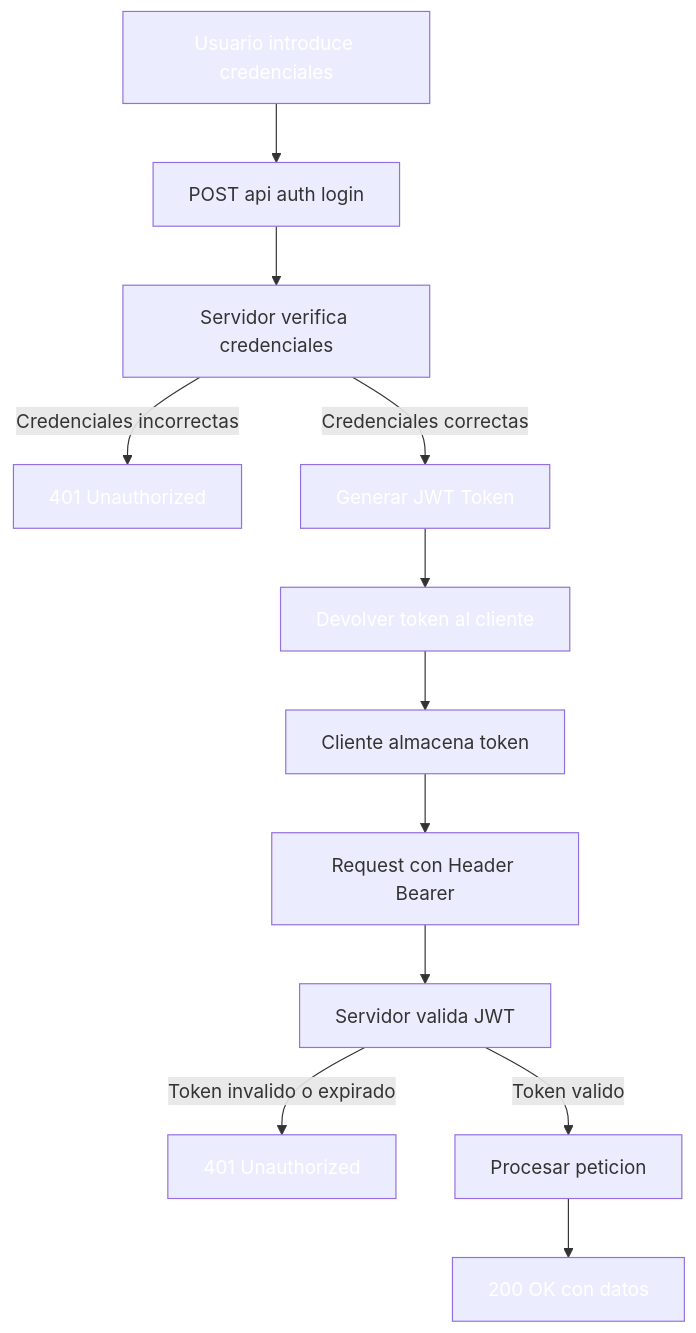
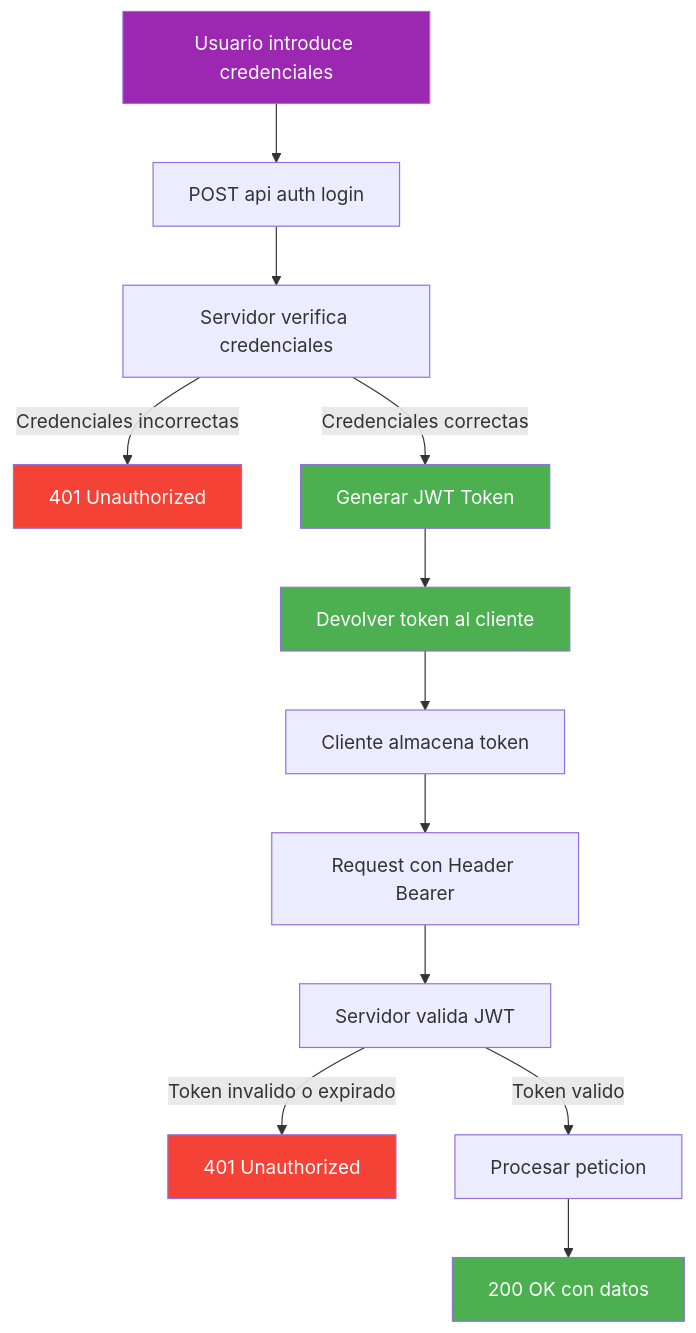
The second of 15 diagrams in 16-autenticacion.md (joseluisgs/DesarrolloWebEntornosServidor-02-2026-2027), drawn with Mermaid before and after one commit. The commit also changed other lines of this file and 29 other files, not shown here.

Commit message:
docs: corregir estilos Mermaid y estilo, quitar referencias a la Tienda y reestructurar los retos 13 y 15

````diff
--- a/16-autenticacion.md
+++ b/16-autenticacion.md
@@ -117,21 +117,21 @@
 ```mermaid
 flowchart TD
     A[Usuario introduce credenciales] --> B[POST api auth login]
     B --> C[Servidor verifica credenciales]
     C -->|Credenciales incorrectas| D[401 Unauthorized]
     C -->|Credenciales correctas| E[Generar JWT Token]
     E --> F[Devolver token al cliente]
     F --> G[Cliente almacena token]
     G --> H[Request con Header Bearer]
     H --> I[Servidor valida JWT]
     I -->|Token invalido o expirado| J[401 Unauthorized]
     I -->|Token valido| K[Procesar peticion]
     K --> L[200 OK con datos]
 
-    style A fill:#9C27B,color:#fff0,color:#fff
-    style D fill:#f4433,color:#fff6,color:#fff
-    style E fill:#4CAF5,color:#fff0,color:#fff
-    style F fill:#4CAF5,color:#fff0,color:#fff
-    style J fill:#f4433,color:#fff6,color:#fff
-    style L fill:#4CAF5,color:#fff0,color:#fff
+    style A fill:#9C27B0,color:#fff
+    style D fill:#f44336,color:#fff
+    style E fill:#4CAF50,color:#fff
+    style F fill:#4CAF50,color:#fff
+    style J fill:#f44336,color:#fff
+    style L fill:#4CAF50,color:#fff
 ```
````
